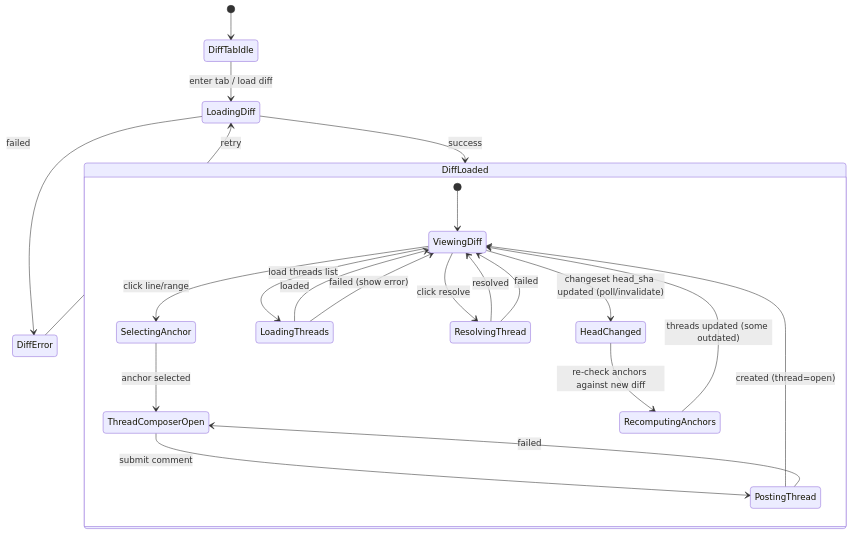
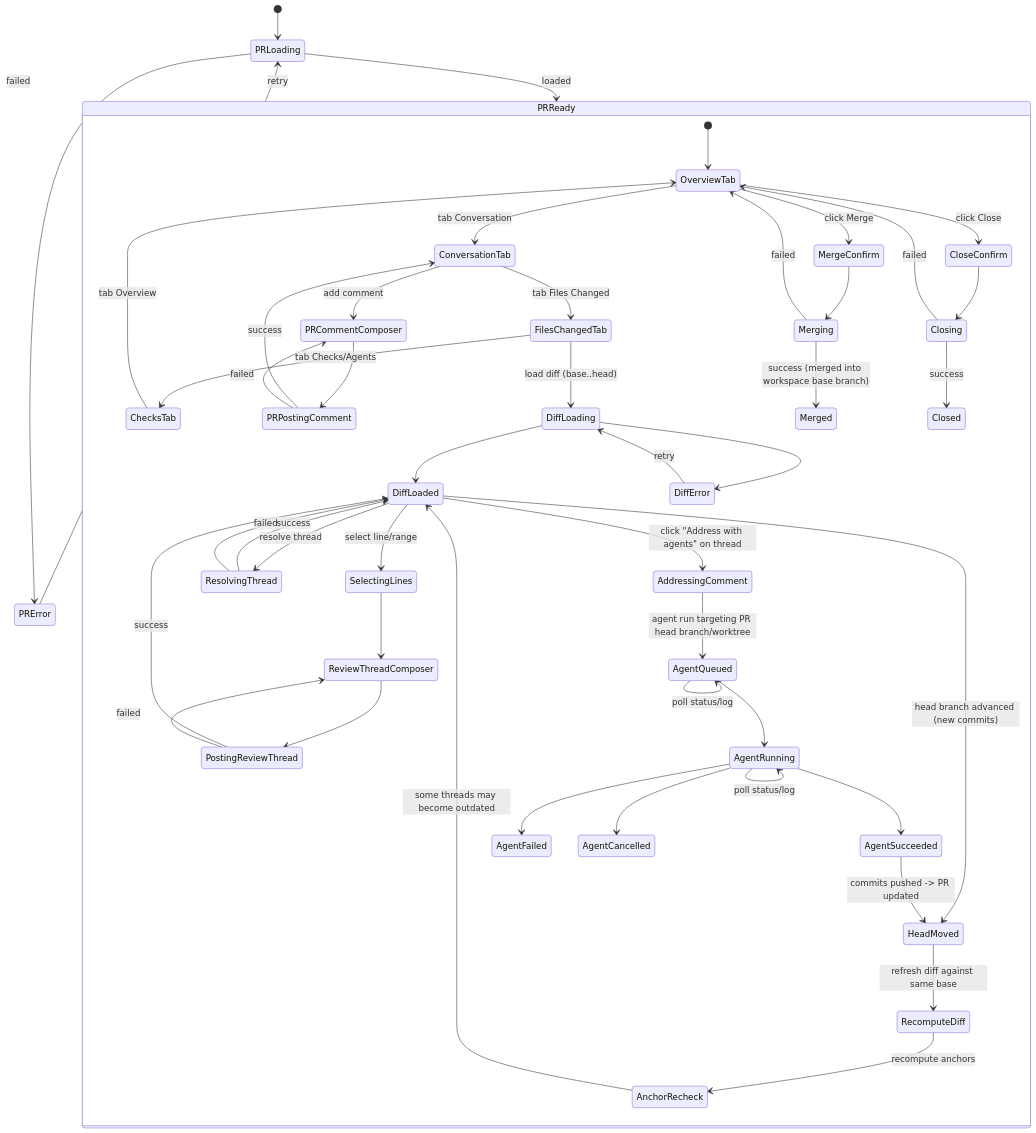
The sixth of 7 diagrams in FRONTEND_UML.md (LaurenceLong/git-vibe), drawn with Mermaid before and after one commit. The commit also changed other lines of this file and 101 other files, not shown here.

````diff
--- a/FRONTEND_UML.md
+++ b/FRONTEND_UML.md
@@ -223,34 +176,68 @@
 ```mermaid
 stateDiagram-v2
-  [*] --> DiffTabIdle
+  [*] --> PRLoading
+  PRLoading --> PRReady: loaded
+  PRLoading --> PRError: failed
+  PRError --> PRLoading: retry
 
-  DiffTabIdle --> LoadingDiff: enter tab / load diff
-  LoadingDiff --> DiffLoaded: success
-  LoadingDiff --> DiffError: failed
-  DiffError --> LoadingDiff: retry
+  state PRReady {
+    [*] --> OverviewTab
 
-  state DiffLoaded {
-    [*] --> ViewingDiff
+    OverviewTab --> ConversationTab: tab Conversation
+    ConversationTab --> FilesChangedTab: tab Files Changed
+    FilesChangedTab --> ChecksTab: tab Checks/Agents
+    ChecksTab --> OverviewTab: tab Overview
 
-    ViewingDiff --> SelectingAnchor: click line/range
-    SelectingAnchor --> ThreadComposerOpen: anchor selected
+    %% Conversation comments (non-code)
+    ConversationTab --> PRCommentComposer: add comment
+    PRCommentComposer --> PRPostingComment
+    PRPostingComment --> ConversationTab: success
+    PRPostingComment --> PRCommentComposer: failed
 
-    ThreadComposerOpen --> PostingThread: submit comment
-    PostingThread --> ViewingDiff: created (thread=open)
-    PostingThread --> ThreadComposerOpen: failed
+    %% Diff + code review threads
+    FilesChangedTab --> DiffLoading: load diff (base..head)
+    DiffLoading --> DiffLoaded
+    DiffLoading --> DiffError
+    DiffError --> DiffLoading: retry
 
-    ViewingDiff --> LoadingThreads: load threads list
-    LoadingThreads --> ViewingDiff: loaded
-    LoadingThreads --> ViewingDiff: failed (show error)
+    DiffLoaded --> SelectingLines: select line/range
+    SelectingLines --> ReviewThreadComposer
+    ReviewThreadComposer --> PostingReviewThread
+    PostingReviewThread --> DiffLoaded: success
+    PostingReviewThread --> ReviewThreadComposer: failed
 
-    %% Thread state transitions
-    ViewingDiff --> ResolvingThread: click resolve
-    ResolvingThread --> ViewingDiff: resolved
-    ResolvingThread --> ViewingDiff: failed
+    DiffLoaded --> ResolvingThread: resolve thread
+    ResolvingThread --> DiffLoaded: success
+    ResolvingThread --> DiffLoaded: failed
 
-    %% Head change invalidation (triggered externally)
-    ViewingDiff --> HeadChanged: changeset head_sha updated (poll/invalidate)
-    HeadChanged --> RecomputingAnchors: re-check anchors against new diff
-    RecomputingAnchors --> ViewingDiff: threads updated (some outdated)
+    %% Head updates (agents push commits to SAME head branch)
+    DiffLoaded --> HeadMoved: head branch advanced (new commits)
+    HeadMoved --> RecomputeDiff: refresh diff against same base
+    RecomputeDiff --> AnchorRecheck: recompute anchors
+    AnchorRecheck --> DiffLoaded: some threads may become outdated
+
+    %% "Review comment will deal in its corresponding worktree"
+    %% i.e., from a review thread, you can trigger agents working in the PR's worktree
+    DiffLoaded --> AddressingComment: click "Address with agents" on thread
+    AddressingComment --> AgentQueued: agent run targeting PR head branch/worktree
+    AgentQueued --> AgentRunning
+    AgentRunning --> AgentSucceeded
+    AgentRunning --> AgentFailed
+    AgentRunning --> AgentCancelled
+
+    AgentQueued --> AgentQueued: poll status/log
+    AgentRunning --> AgentRunning: poll status/log
+    AgentSucceeded --> HeadMoved: commits pushed -> PR updated
+
+    %% Merge/Close
+    OverviewTab --> MergeConfirm: click Merge
+    MergeConfirm --> Merging
+    Merging --> Merged: success (merged into workspace base branch)
+    Merging --> OverviewTab: failed
+
+    OverviewTab --> CloseConfirm: click Close
+    CloseConfirm --> Closing
+    Closing --> Closed: success
+    Closing --> OverviewTab: failed
   }
 ```
````
